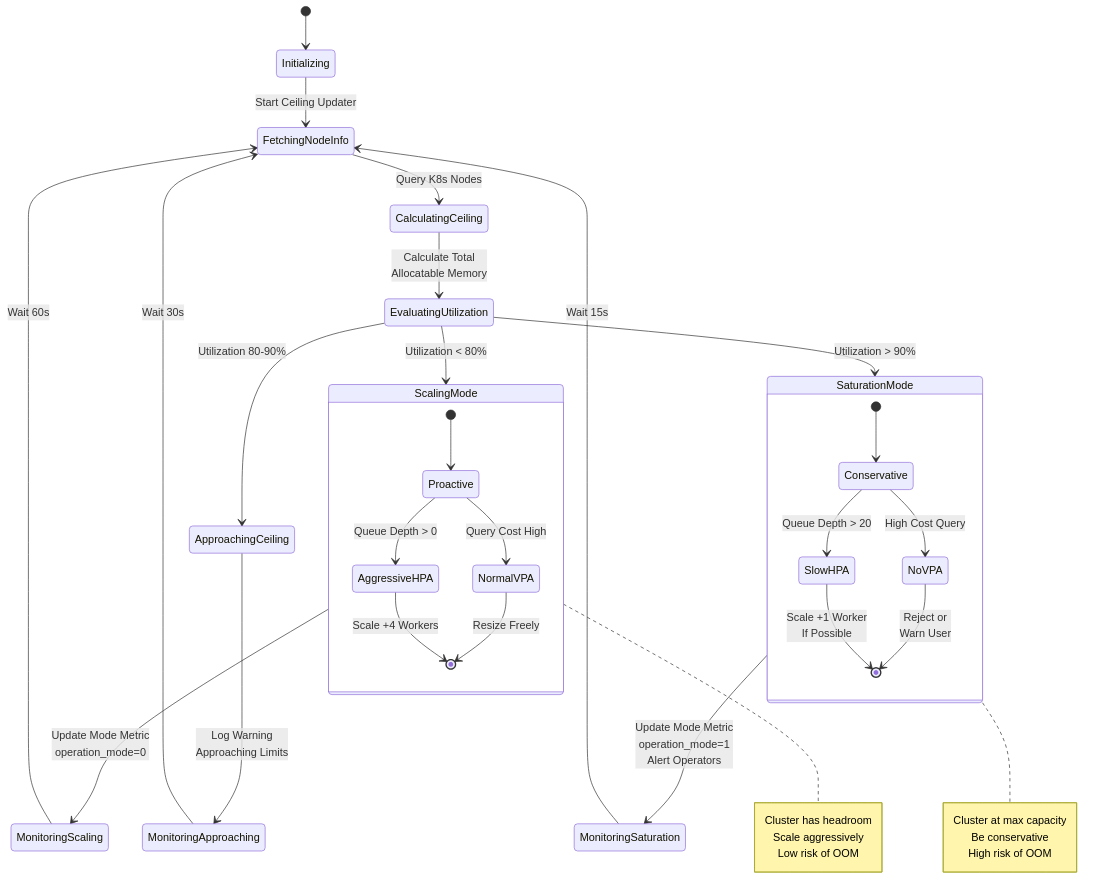
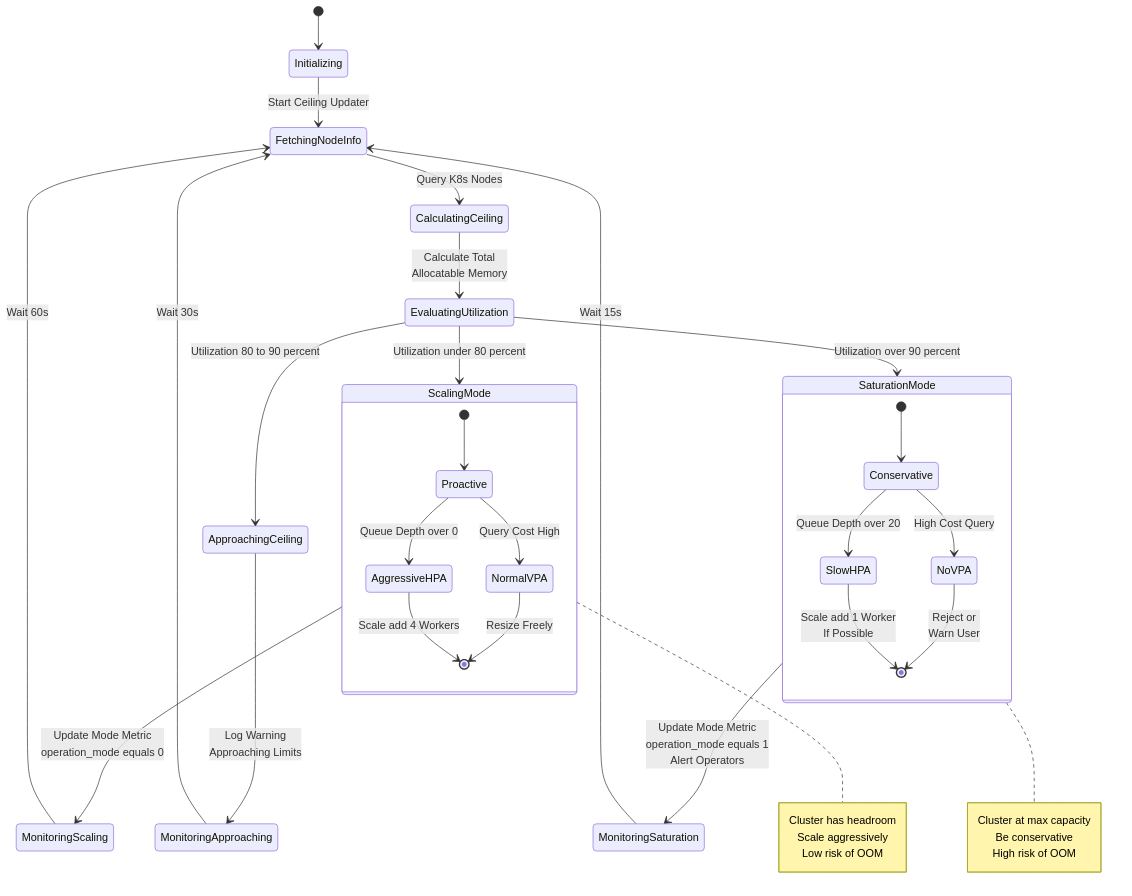
Before and after one commit to Angelerator/Tavana: the sixth of 11 diagrams in README.md, drawn with Mermaid. The commit also changed other lines of this file, not shown here.

First line of the commit message:
fix: Mermaid syntax errors in architecture diagrams

````diff
--- a/README.md
+++ b/README.md
@@ -989,51 +989,51 @@
 ```mermaid
 stateDiagram-v2
     [*] --> Initializing
     
     Initializing --> FetchingNodeInfo: Start Ceiling Updater
     
     FetchingNodeInfo --> CalculatingCeiling: Query K8s Nodes
     
     CalculatingCeiling --> EvaluatingUtilization: Calculate Total<br/>Allocatable Memory
     
-    EvaluatingUtilization --> ScalingMode: Utilization < 80%
-    EvaluatingUtilization --> ApproachingCeiling: Utilization 80-90%
-    EvaluatingUtilization --> SaturationMode: Utilization > 90%
+    EvaluatingUtilization --> ScalingMode: Utilization under 80 percent
+    EvaluatingUtilization --> ApproachingCeiling: Utilization 80 to 90 percent
+    EvaluatingUtilization --> SaturationMode: Utilization over 90 percent
     
-    ScalingMode --> MonitoringScaling: Update Mode Metric<br/>operation_mode=0
+    ScalingMode --> MonitoringScaling: Update Mode Metric<br/>operation_mode equals 0
     MonitoringScaling --> FetchingNodeInfo: Wait 60s
     
     ApproachingCeiling --> MonitoringApproaching: Log Warning<br/>Approaching Limits
     MonitoringApproaching --> FetchingNodeInfo: Wait 30s
     
-    SaturationMode --> MonitoringSaturation: Update Mode Metric<br/>operation_mode=1<br/>Alert Operators
+    SaturationMode --> MonitoringSaturation: Update Mode Metric<br/>operation_mode equals 1<br/>Alert Operators
     MonitoringSaturation --> FetchingNodeInfo: Wait 15s
     
     state ScalingMode {
         [*] --> Proactive
-        Proactive --> AggressiveHPA: Queue Depth > 0
-        AggressiveHPA --> [*]: Scale +4 Workers
+        Proactive --> AggressiveHPA: Queue Depth over 0
+        AggressiveHPA --> [*]: Scale add 4 Workers
         Proactive --> NormalVPA: Query Cost High
         NormalVPA --> [*]: Resize Freely
     }
     
     state SaturationMode {
         [*] --> Conservative
-        Conservative --> SlowHPA: Queue Depth > 20
-        SlowHPA --> [*]: Scale +1 Worker<br/>If Possible
+        Conservative --> SlowHPA: Queue Depth over 20
+        SlowHPA --> [*]: Scale add 1 Worker<br/>If Possible
         Conservative --> NoVPA: High Cost Query
         NoVPA --> [*]: Reject or<br/>Warn User
     }
     
     note right of ScalingMode
         Cluster has headroom
         Scale aggressively
         Low risk of OOM
     end note
     
     note right of SaturationMode
         Cluster at max capacity
         Be conservative
         High risk of OOM
     end note
 ```
````
